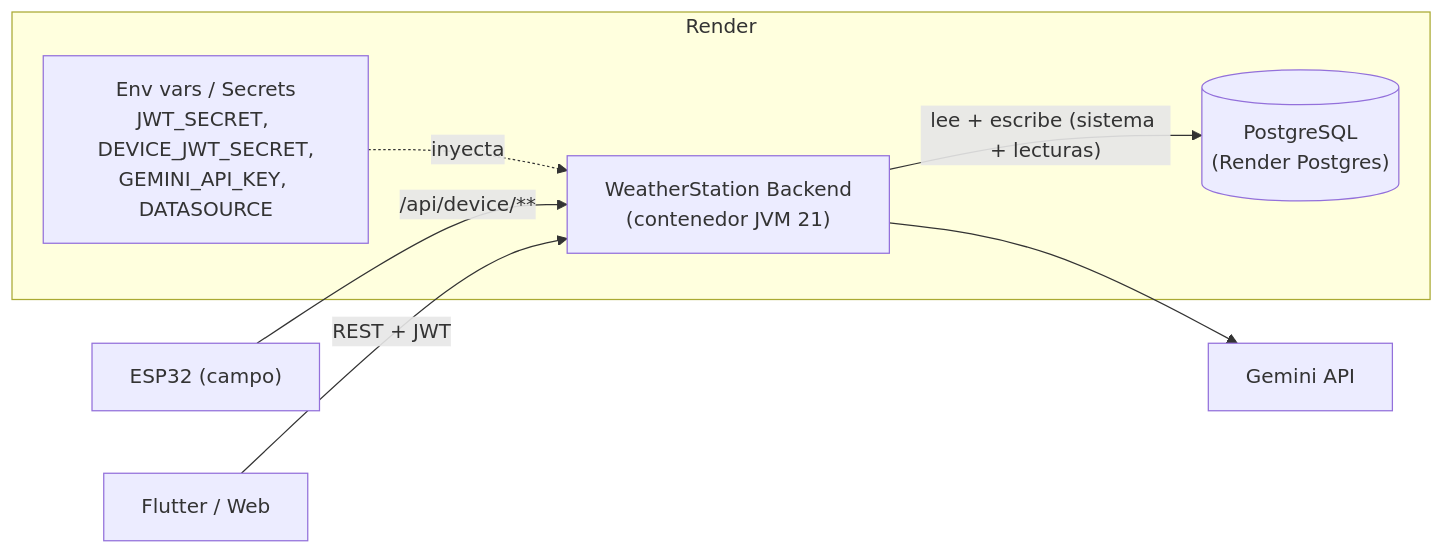
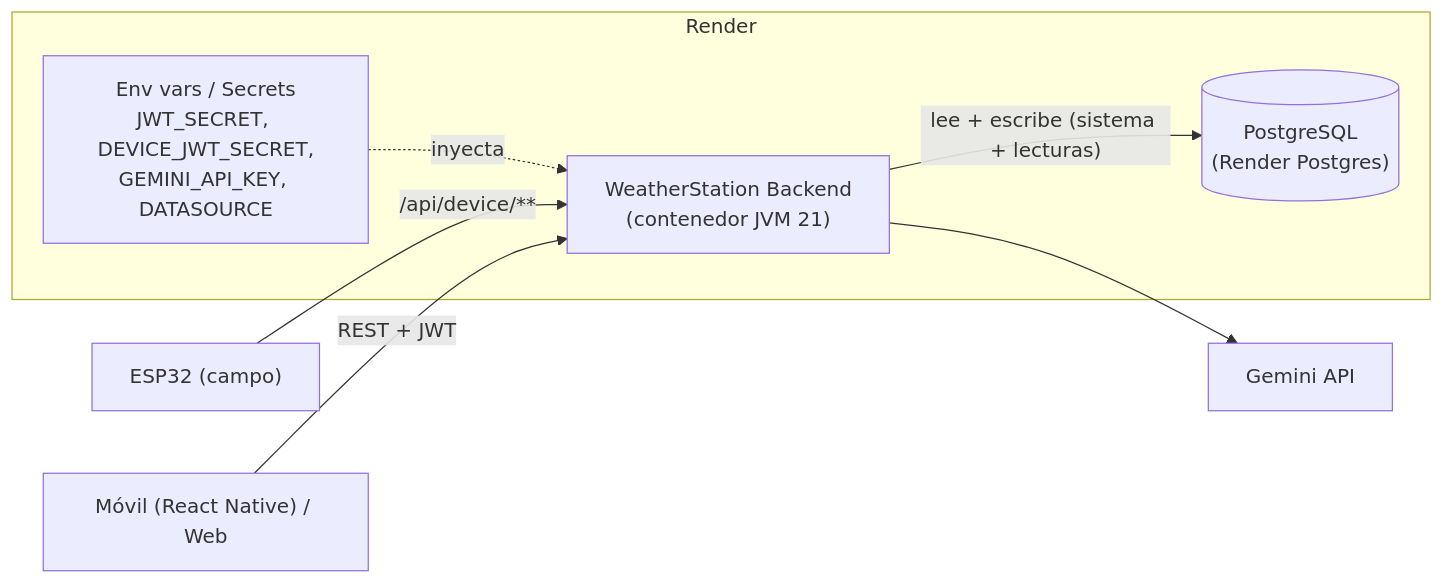
One commit to tony-gz/estacion-meteorologica-iot changed diagram 11 of 11 in specs/001-weatherstation-backend/diagramas.md. Above: the diagram before and after it, drawn with Mermaid. The commit also changed other lines of this file and 54 other files, not shown here.

First line of the commit message:
feat(spec): app móvil React Native (spec 002) y retiro de Flutter/Firebase

````diff
--- a/specs/001-weatherstation-backend/diagramas.md
+++ b/specs/001-weatherstation-backend/diagramas.md
@@ -398,14 +398,14 @@
 ```mermaid
 flowchart LR
     subgraph Render
         APP["WeatherStation Backend\n(contenedor JVM 21)"]
         ENV["Env vars / Secrets\nJWT_SECRET, DEVICE_JWT_SECRET,\nGEMINI_API_KEY, DATASOURCE"]
         ENV -. inyecta .-> APP
         PG[("PostgreSQL\n(Render Postgres)")]
         APP -- "lee + escribe (sistema + lecturas)" --> PG
     end
     GE["Gemini API"]
     APP --> GE
     ESP["ESP32 (campo)"] -- "/api/device/**" --> APP
-    Clientes["Flutter / Web"] -- "REST + JWT" --> APP
+    Clientes["Móvil (React Native) / Web"] -- "REST + JWT" --> APP
 ```
````
